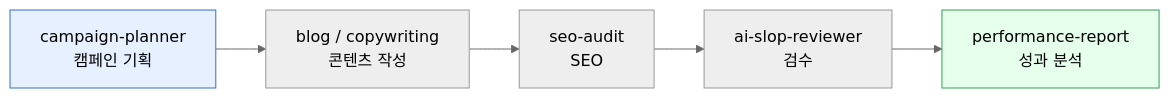
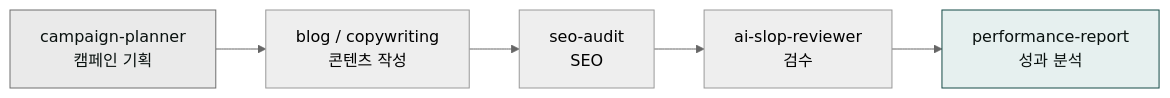
The diagram in content/cookbook/tracks/track-marketing.md (modu-ai/claude), drawn with Mermaid (neutral theme) before and after one commit. The commit also changed 97 other files, not shown here.

First line of the commit message:
style(docs-site): mermaid 색상 브랜드 정합 + 라이트 테마 단일화

````diff
--- a/content/cookbook/tracks/track-marketing.md
+++ b/content/cookbook/tracks/track-marketing.md
@@ -9,10 +9,10 @@
 ```mermaid
 flowchart LR
     A["campaign-planner<br/>캠페인 기획"] --> B["blog / copywriting<br/>콘텐츠 작성"]
     B --> C["seo-audit<br/>SEO"]
     C --> D["ai-slop-reviewer<br/>검수"]
     D --> E["performance-report<br/>성과 분석"]
 
-    style A fill:#e6f0ff,stroke:#3070d0
-    style E fill:#e6ffec,stroke:#30a050
+    style A fill:#eaeaea,stroke:#6e6e6e,color:#09110f
+    style E fill:#e6f0ef,stroke:#144a46,color:#09110f
 ```
````
